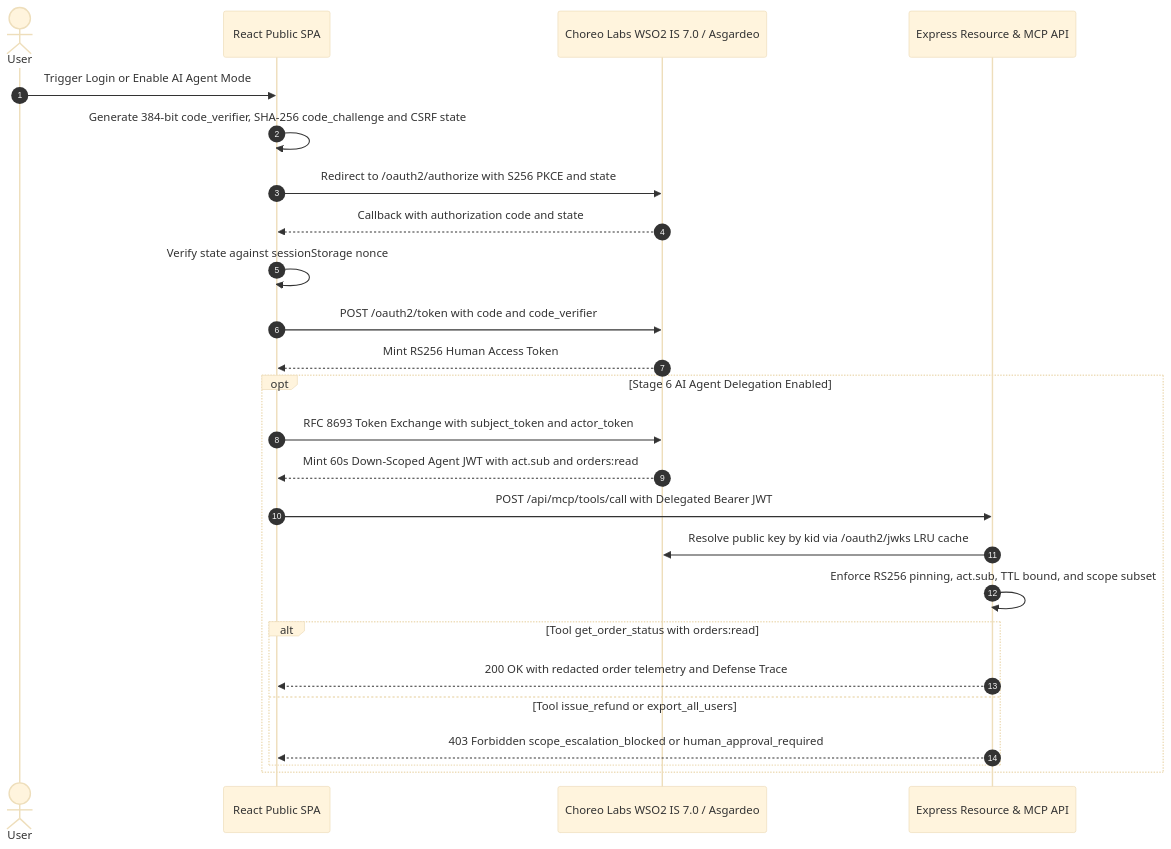
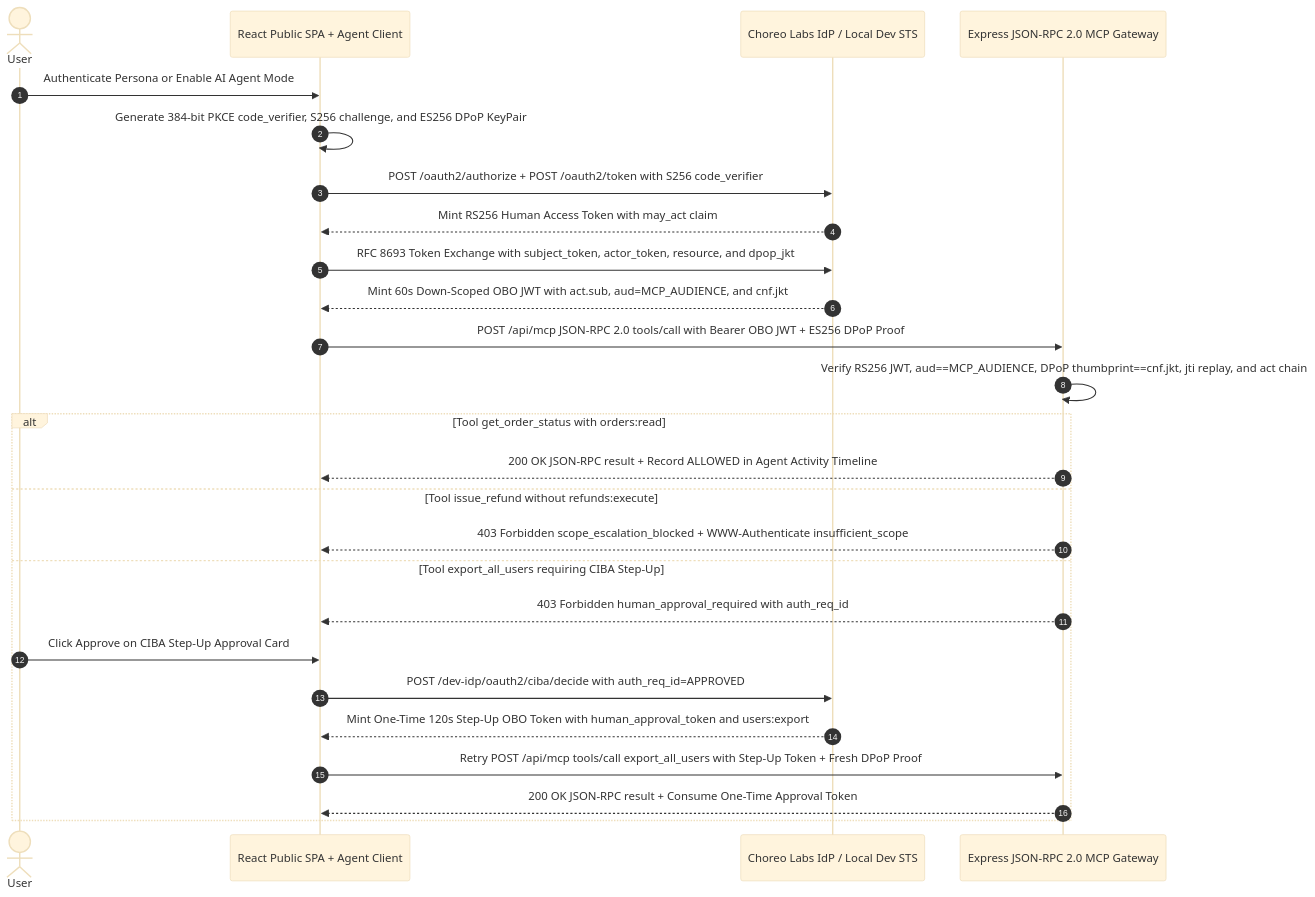
Before and after one commit to theekshana-sudeepa/wso2-identity-integration-demo: the second of 2 diagrams in README.md, drawn with Mermaid (base theme). The commit also changed other lines of this file and 22 other files, not shown here.

````diff
--- a/README.md
+++ b/README.md
@@ -124,28 +131,29 @@
 ```mermaid
 sequenceDiagram
     autonumber
     actor User
-    participant SPA as React Public SPA
-    participant IdP as Choreo Labs WSO2 IS 7.0 / Asgardeo
-    participant API as Express Resource & MCP API
+    participant SPA as React Public SPA + Agent Client
+    participant IdP as Choreo Labs IdP / Local Dev STS
+    participant MCP as Express JSON-RPC 2.0 MCP Gateway
 
-    User->>SPA: Trigger Login or Enable AI Agent Mode
-    SPA->>SPA: Generate 384-bit code_verifier, SHA-256 code_challenge and CSRF state
-    SPA->>IdP: Redirect to /oauth2/authorize with S256 PKCE and state
-    IdP-->>SPA: Callback with authorization code and state
-    SPA->>SPA: Verify state against sessionStorage nonce
-    SPA->>IdP: POST /oauth2/token with code and code_verifier
-    IdP-->>SPA: Mint RS256 Human Access Token
-    opt Stage 6 AI Agent Delegation Enabled
-        SPA->>IdP: RFC 8693 Token Exchange with subject_token and actor_token
-        IdP-->>SPA: Mint 60s Down-Scoped Agent JWT with act.sub and orders:read
-        SPA->>API: POST /api/mcp/tools/call with Delegated Bearer JWT
-        API->>IdP: Resolve public key by kid via /oauth2/jwks LRU cache
-        API->>API: Enforce RS256 pinning, act.sub, TTL bound, and scope subset
-        alt Tool get_order_status with orders:read
-            API-->>SPA: 200 OK with redacted order telemetry and Defense Trace
-        else Tool issue_refund or export_all_users
-            API-->>SPA: 403 Forbidden scope_escalation_blocked or human_approval_required
-        end
+    User->>SPA: Authenticate Persona or Enable AI Agent Mode
+    SPA->>SPA: Generate 384-bit PKCE code_verifier, S256 challenge, and ES256 DPoP KeyPair
+    SPA->>IdP: POST /oauth2/authorize + POST /oauth2/token with S256 code_verifier
+    IdP-->>SPA: Mint RS256 Human Access Token with may_act claim
+    SPA->>IdP: RFC 8693 Token Exchange with subject_token, actor_token, resource, and dpop_jkt
+    IdP-->>SPA: Mint 60s Down-Scoped OBO JWT with act.sub, aud=MCP_AUDIENCE, and cnf.jkt
+    SPA->>MCP: POST /api/mcp JSON-RPC 2.0 tools/call with Bearer OBO JWT + ES256 DPoP Proof
+    MCP->>MCP: Verify RS256 JWT, aud==MCP_AUDIENCE, DPoP thumbprint==cnf.jkt, jti replay, and act chain
+    alt Tool get_order_status with orders:read
+        MCP-->>SPA: 200 OK JSON-RPC result + Record ALLOWED in Agent Activity Timeline
+    else Tool issue_refund without refunds:execute
+        MCP-->>SPA: 403 Forbidden scope_escalation_blocked + WWW-Authenticate insufficient_scope
+    else Tool export_all_users requiring CIBA Step-Up
+        MCP-->>SPA: 403 Forbidden human_approval_required with auth_req_id
+        User->>SPA: Click Approve on CIBA Step-Up Approval Card
+        SPA->>IdP: POST /dev-idp/oauth2/ciba/decide with auth_req_id=APPROVED
+        IdP-->>SPA: Mint One-Time 120s Step-Up OBO Token with human_approval_token and users:export
+        SPA->>MCP: Retry POST /api/mcp tools/call export_all_users with Step-Up Token + Fresh DPoP Proof
+        MCP-->>SPA: 200 OK JSON-RPC result + Consume One-Time Approval Token
     end
 ```
````
